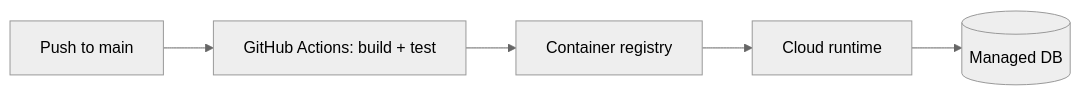
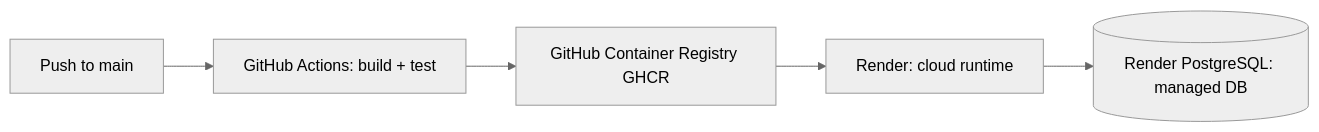
One commit to raphltr/project-raph-oilhan changed the third of 3 diagrams in docs/architecture.md. Above: the diagram before and after it, drawn with Mermaid (neutral theme). The commit also changed other lines of this file and 1 other file, not shown here.

Commit message:
architecture complete

````diff
--- a/docs/architecture.md
+++ b/docs/architecture.md
@@ -39,7 +106,7 @@
 ```mermaid
 flowchart LR
     Dev[Push to main] --> CI[GitHub Actions: build + test]
-    CI --> Reg[Container registry]
-    Reg --> Run[Cloud runtime]
-    Run --> DB[(Managed DB)]
+    CI --> Reg[GitHub Container Registry GHCR]
+    Reg --> Run[Render: cloud runtime]
+    Run --> DB[(Render PostgreSQL: managed DB)]
 ```
````
